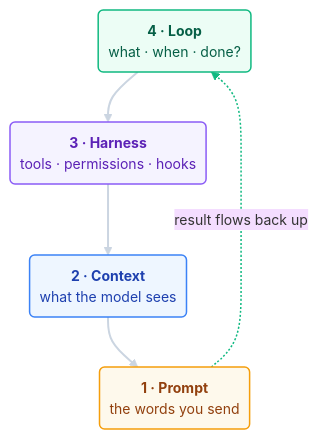
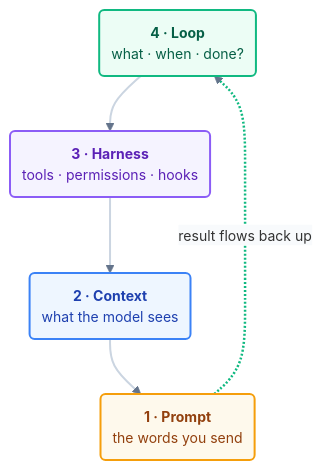
The diagram in docs/02-foundations/the-four-layers.md (ayeshakhalid192007-dev/LoopEngineering-CrashCourse), drawn with Mermaid before and after one commit. The commit also changed 66 other files, not shown here.

First line of the commit message:
docs(diagrams): bolden and unify all 70 mermaid diagrams

````diff
--- a/docs/02-foundations/the-four-layers.md
+++ b/docs/02-foundations/the-four-layers.md
@@ -24,14 +24,15 @@
 ```mermaid
-%%{init: {'theme':'base','themeVariables':{'fontFamily':'ui-sans-serif, system-ui, sans-serif','fontSize':'14px','lineColor':'#94a3b8'},'flowchart':{'curve':'basis','nodeSpacing':50,'rankSpacing':50,'padding':10}}}%%
+%%{init: {'theme':'base','themeVariables':{'fontFamily':'ui-sans-serif, system-ui, sans-serif','fontSize':'14px','lineColor':'#64748b','edgeLabelBackground':'#f8fafc'},'flowchart':{'curve':'basis','nodeSpacing':50,'rankSpacing':55,'padding':12}}}%%
 flowchart TD
     LOOP("<b>4 · Loop</b><br/>what · when · done?"):::l4 --> HARNESS("<b>3 · Harness</b><br/>tools · permissions · hooks"):::l3
     HARNESS --> CONTEXT("<b>2 · Context</b><br/>what the model sees"):::l2
     CONTEXT --> PROMPT("<b>1 · Prompt</b><br/>the words you send"):::l1
     PROMPT -.->|result flows back up| LOOP
-    classDef l1 fill:#fef9ec,stroke:#f59e0b,stroke-width:1.5px,color:#92400e;
-    classDef l2 fill:#eef6ff,stroke:#3b82f6,stroke-width:1.5px,color:#1e40af;
-    classDef l3 fill:#f5f3ff,stroke:#8b5cf6,stroke-width:1.5px,color:#5b21b6;
-    classDef l4 fill:#ecfdf5,stroke:#10b981,stroke-width:1.5px,color:#065f46;
+    linkStyle default stroke:#64748b,stroke-width:2px;
+    classDef l1 fill:#fef9ec,stroke:#f59e0b,stroke-width:2px,color:#92400e;
+    classDef l2 fill:#eef6ff,stroke:#3b82f6,stroke-width:2px,color:#1e40af;
+    classDef l3 fill:#f5f3ff,stroke:#8b5cf6,stroke-width:2px,color:#5b21b6;
+    classDef l4 fill:#ecfdf5,stroke:#10b981,stroke-width:2px,color:#065f46;
     linkStyle 0,1,2 stroke:#cbd5e1,stroke-width:2px;
-    linkStyle 3 stroke:#10b981,stroke-width:1.5px;
+    linkStyle 3 stroke:#10b981,stroke-width:2.5px;
 ```
````
